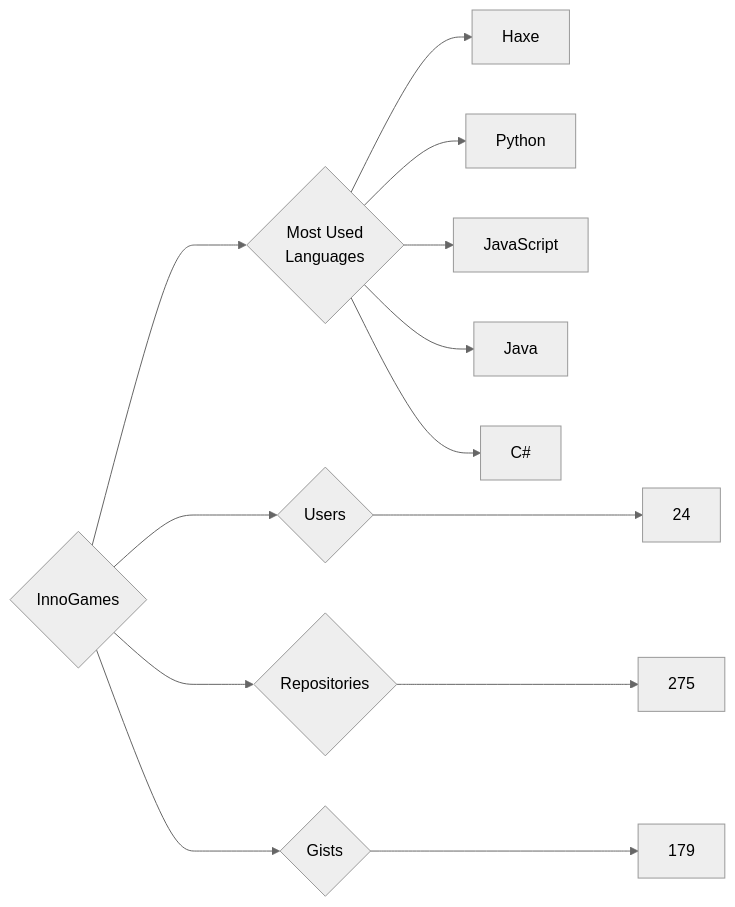
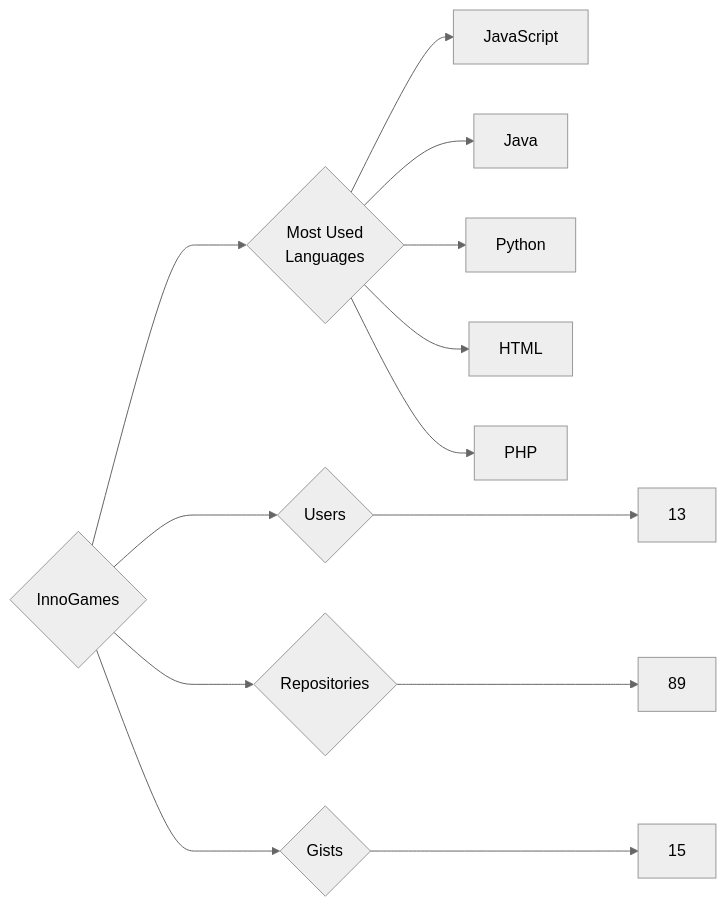
One commit to trickest/insiders changed the diagram in targets/InnoGames/README.md. Above: the diagram before and after it, drawn with Mermaid (neutral theme). The commit also changed 912 other files, not shown here.

````diff
--- a/targets/InnoGames/README.md
+++ b/targets/InnoGames/README.md
@@ -3,13 +3,13 @@
 ```mermaid
 graph LR
 COMPANY_NAME{InnoGames}
-COMPANY_NAME ---> U{Users} ---> UN[24]
-COMPANY_NAME ---> R{Repositories} ---> RN[275]
-COMPANY_NAME ---> G{Gists} ---> GN[179]
+COMPANY_NAME ---> U{Users} ---> UN[13]
+COMPANY_NAME ---> R{Repositories} ---> RN[89]
+COMPANY_NAME ---> G{Gists} ---> GN[15]
 COMPANY_NAME ---> ML{Most Used<br>Languages}
-ML --> Haxe[Haxe]
-ML --> Python[Python]
 ML --> JavaScript[JavaScript]
 ML --> Java[Java]
-ML --> C#[C#]
+ML --> Python[Python]
+ML --> HTML[HTML]
+ML --> PHP[PHP]
 ```
````
